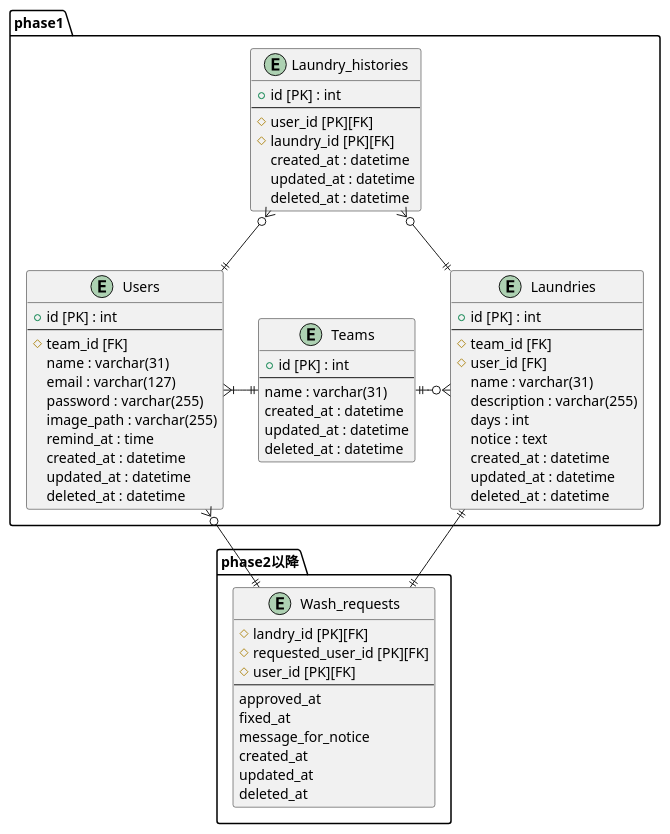
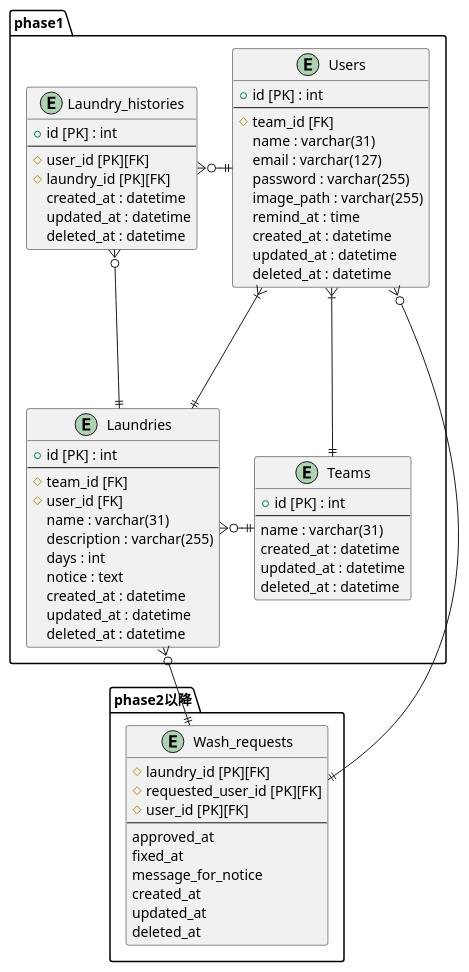
Before and after one commit to mixa393/mohumohu: the diagram in docs/ER図.puml, drawn with PlantUML.

Commit message:
Add: リレーションの整理

```diff
--- a/docs/ER図.puml
+++ b/docs/ER図.puml
@@ -1,78 +1,80 @@
 @startuml
 
 package phase1{
     entity Laundry_histories{
         + id [PK] : int
         --
         # user_id [PK][FK]
         # laundry_id [PK][FK]
         created_at : datetime
         updated_at : datetime
         deleted_at : datetime
     }
 
     entity Users{
     + id [PK] : int
     --
     # team_id [FK]
     name : varchar(31)
     email : varchar(127)
     password : varchar(255)
     image_path : varchar(255)
     remind_at : time
     created_at : datetime
     updated_at : datetime
     deleted_at : datetime
     }
 
     entity Teams
     {
     + id [PK] : int
     --
     name : varchar(31)
     created_at : datetime
     updated_at : datetime
     deleted_at : datetime
     }
 
     entity Laundries{
     + id [PK] : int
     --
     # team_id [FK]
     # user_id [FK]
     name : varchar(31)
     description : varchar(255)
     days : int
     notice : text
     created_at : datetime
     updated_at : datetime
     deleted_at : datetime
     }
 }
 
 
 package  phase2以降{
     entity Wash_requests{
-    # landry_id [PK][FK]
+    # laundry_id [PK][FK]
     # requested_user_id [PK][FK]
     # user_id [PK][FK]
     --
     approved_at
     fixed_at
     message_for_notice
     created_at
     updated_at
     deleted_at
     }
 }
 
-Laundry_histories }o--|| Users
+Laundry_histories }o-|| Users
 Laundry_histories }o-|| Laundries
-Users }|-|| Teams
+Users }|---|| Teams
+Users }|--|| Laundries
 Teams ||-o{ Laundries
-Laundries ||-|| Wash_requests
-Users }o--|| Wash_requests
+
+Laundries }o--|| Wash_requests
+Users }o-|| Wash_requests
 
 
 
 @enduml
```
